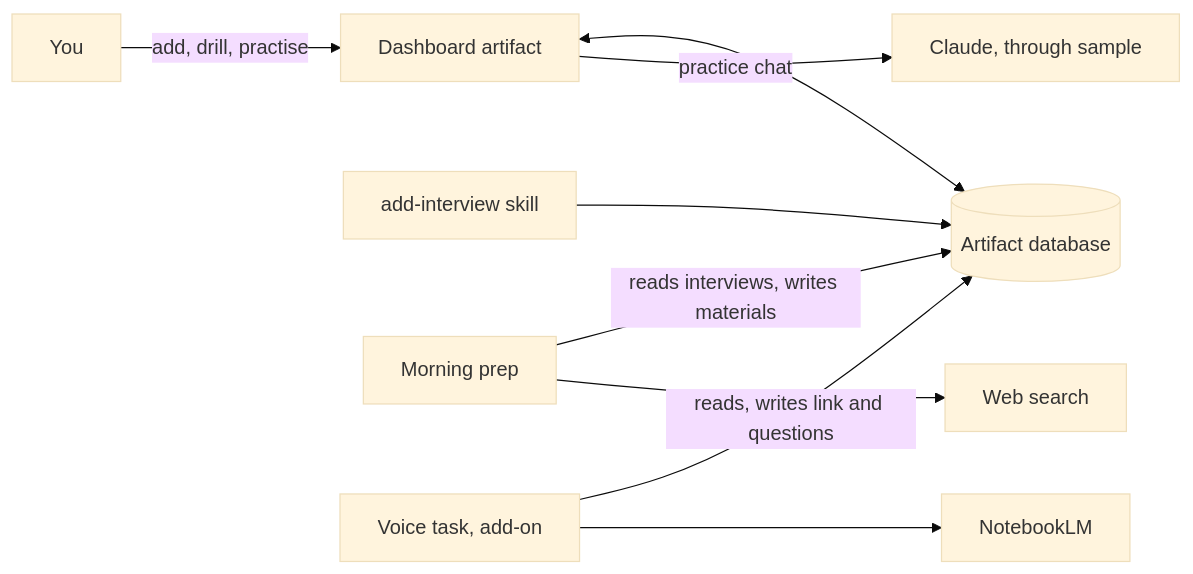
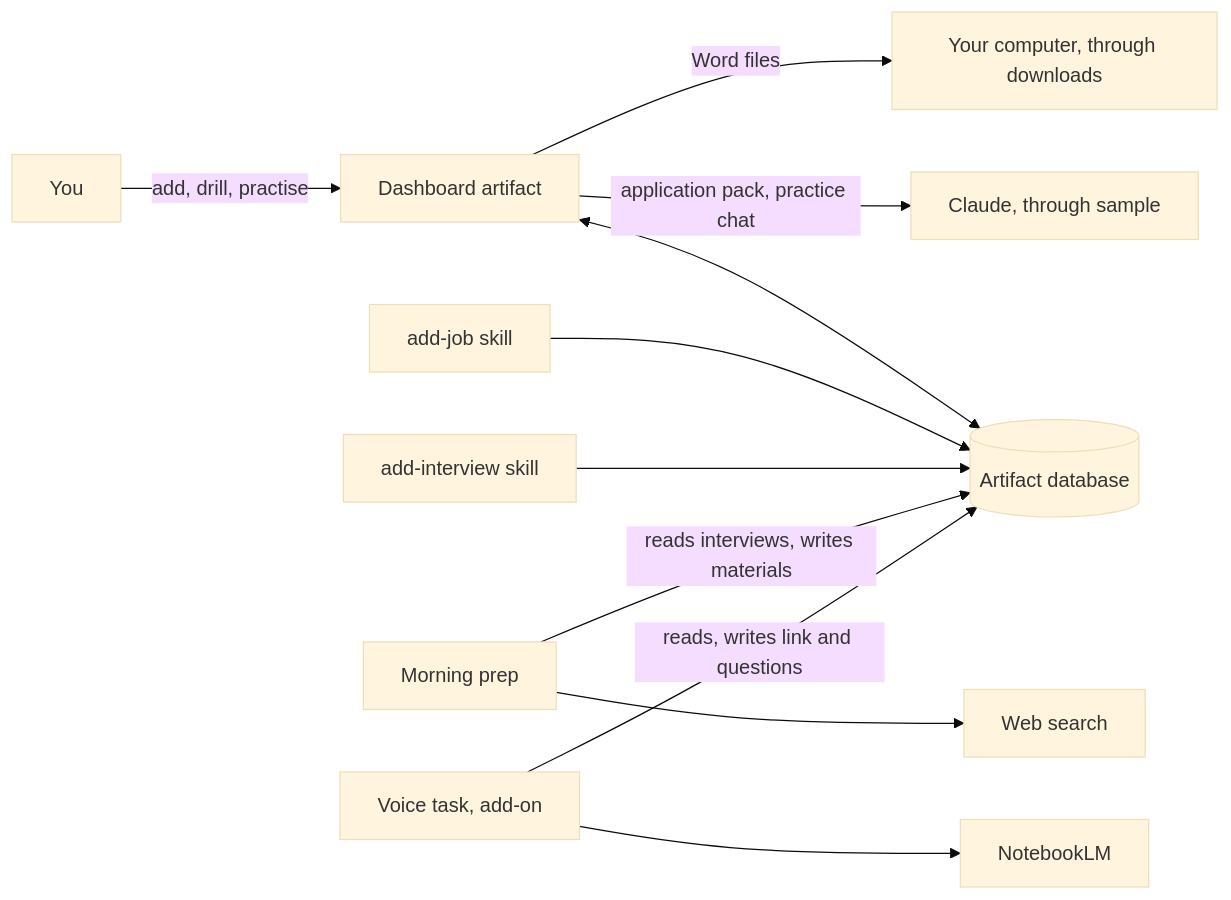
The diagram in docs/architecture.md (dantonoli/interview-prep-desk), drawn with Mermaid (base theme) before and after one commit. The commit also changed other lines of this file and 21 other files, not shown here.

````diff
--- a/docs/architecture.md
+++ b/docs/architecture.md
@@ -17,11 +18,13 @@
 ```mermaid
 flowchart LR
   U[You] -->|add, drill, practise| D[Dashboard artifact]
   D <--> DB[(Artifact database)]
+  J[add-job skill] --> DB
   A[add-interview skill] --> DB
   P[Morning prep] -->|reads interviews, writes materials| DB
   P --> W[Web search]
   V[Voice task, add-on] -->|reads, writes link and questions| DB
   V --> N[NotebookLM]
-  D -->|practice chat| C[Claude, through sample]
+  D -->|application pack, practice chat| C[Claude, through sample]
+  D -->|Word files| F[Your computer, through downloads]
 ```
````
